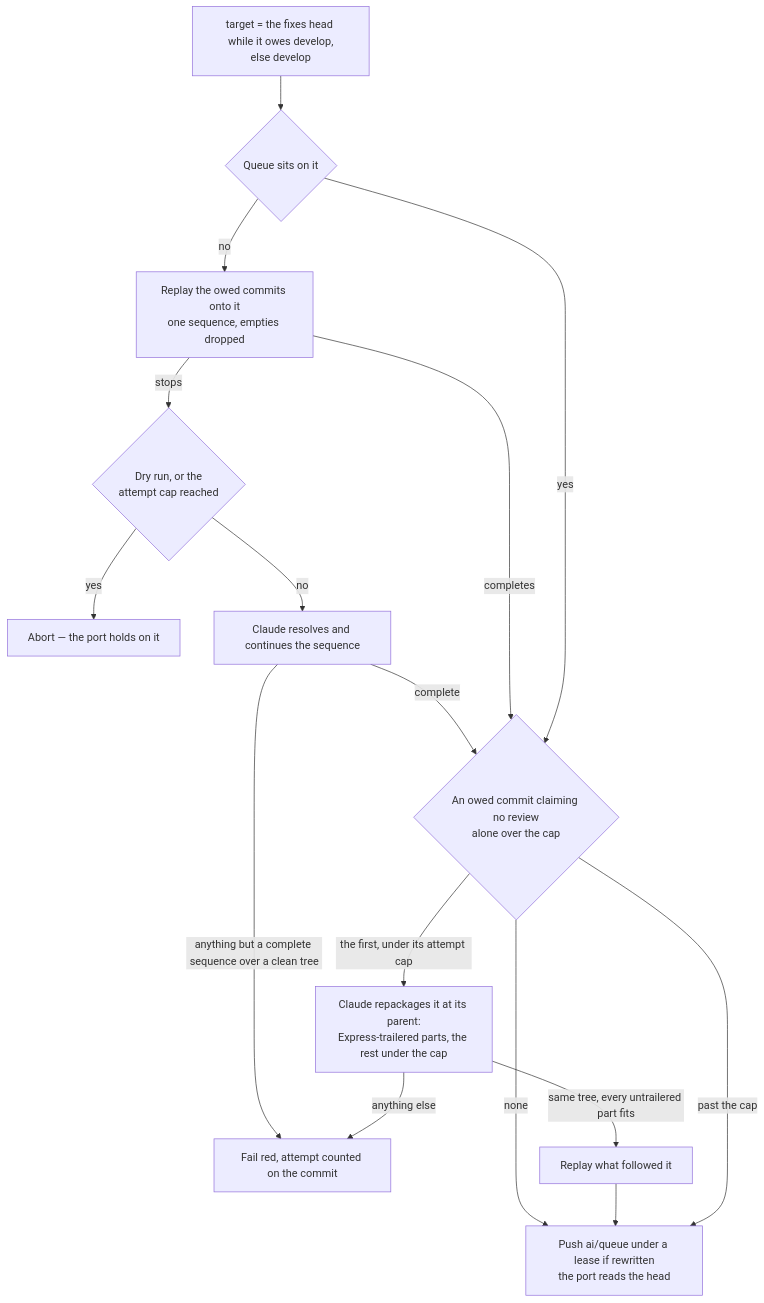
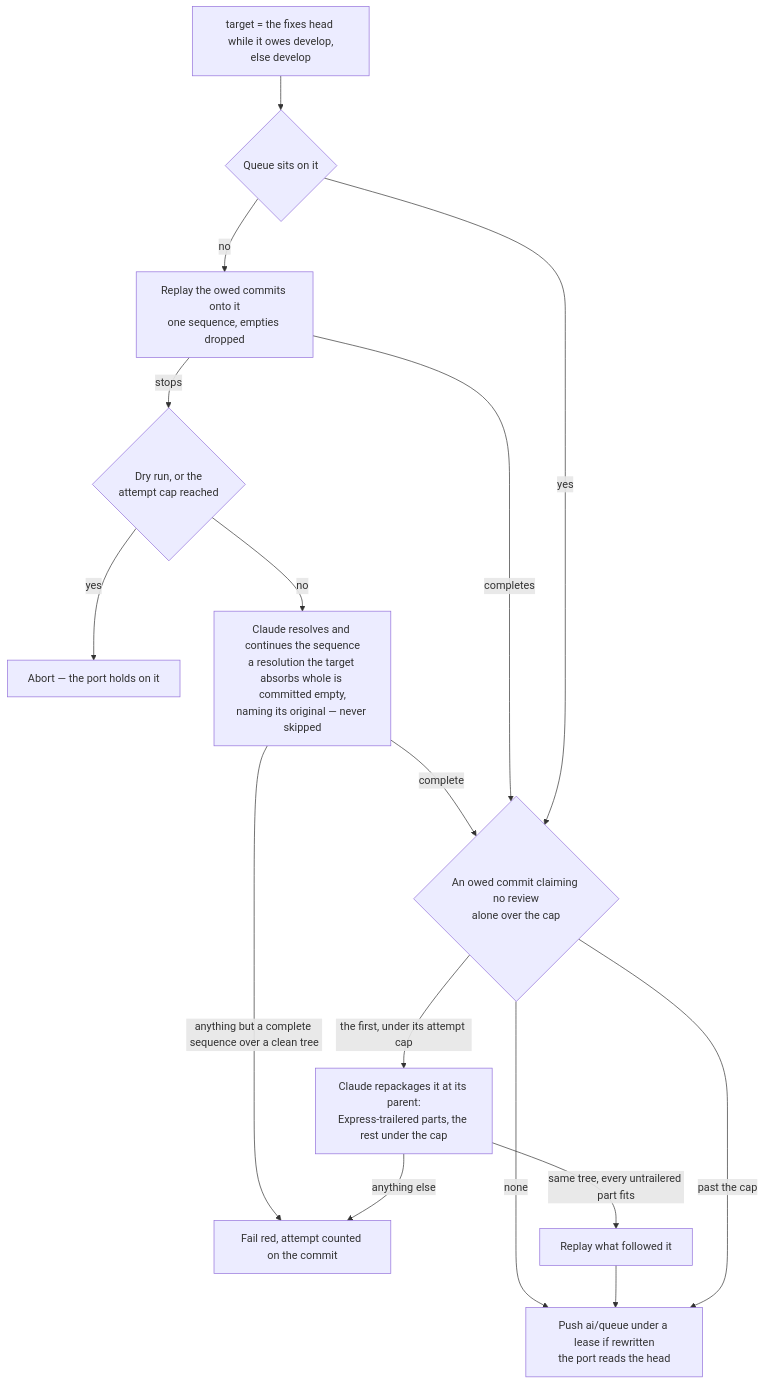
The third of 4 diagrams in apps/web/content/docs/infra/review-collector/collection-cycle.md (Esposter/Esposter), drawn with Mermaid before and after one commit. The commit also changed other lines of this file and 4 other files, not shown here.

First line of the commit message:
fix(scripts): a resolution the target absorbs whole lands as an empty copy

````diff
--- a/apps/web/content/docs/infra/review-collector/collection-cycle.md
+++ b/apps/web/content/docs/infra/review-collector/collection-cycle.md
@@ -99,17 +99,17 @@
 ```mermaid
 flowchart TD
   T[target = the fixes head while it owes develop,<br/>else develop] --> A{Queue sits on it}
   A -->|no| R[Replay the owed commits onto it<br/>one sequence, empties dropped]
   R -->|stops| C{Dry run, or the<br/>attempt cap reached}
   C -->|yes| AB[Abort — the port holds on it]
-  C -->|no| CL[Claude resolves and continues the sequence]
+  C -->|no| CL[Claude resolves and continues the sequence<br/>a resolution the target absorbs whole is committed empty,<br/>naming its original — never skipped]
   CL -->|anything but a complete sequence over a clean tree| F[Fail red, attempt counted on the commit]
   CL -->|complete| RS
   R -->|completes| RS
   A -->|yes| RS{An owed commit claiming no review<br/>alone over the cap}
   RS -->|none| P[Push ai/queue under a lease if rewritten<br/>the port reads the head]
   RS -->|the first, under its attempt cap| SH[Claude repackages it at its parent:<br/>Express-trailered parts, the rest under the cap]
   SH -->|same tree, every untrailered part fits| RP[Replay what followed it] --> P
   SH -->|anything else| F
   RS -->|past the cap| P
 ```
````
